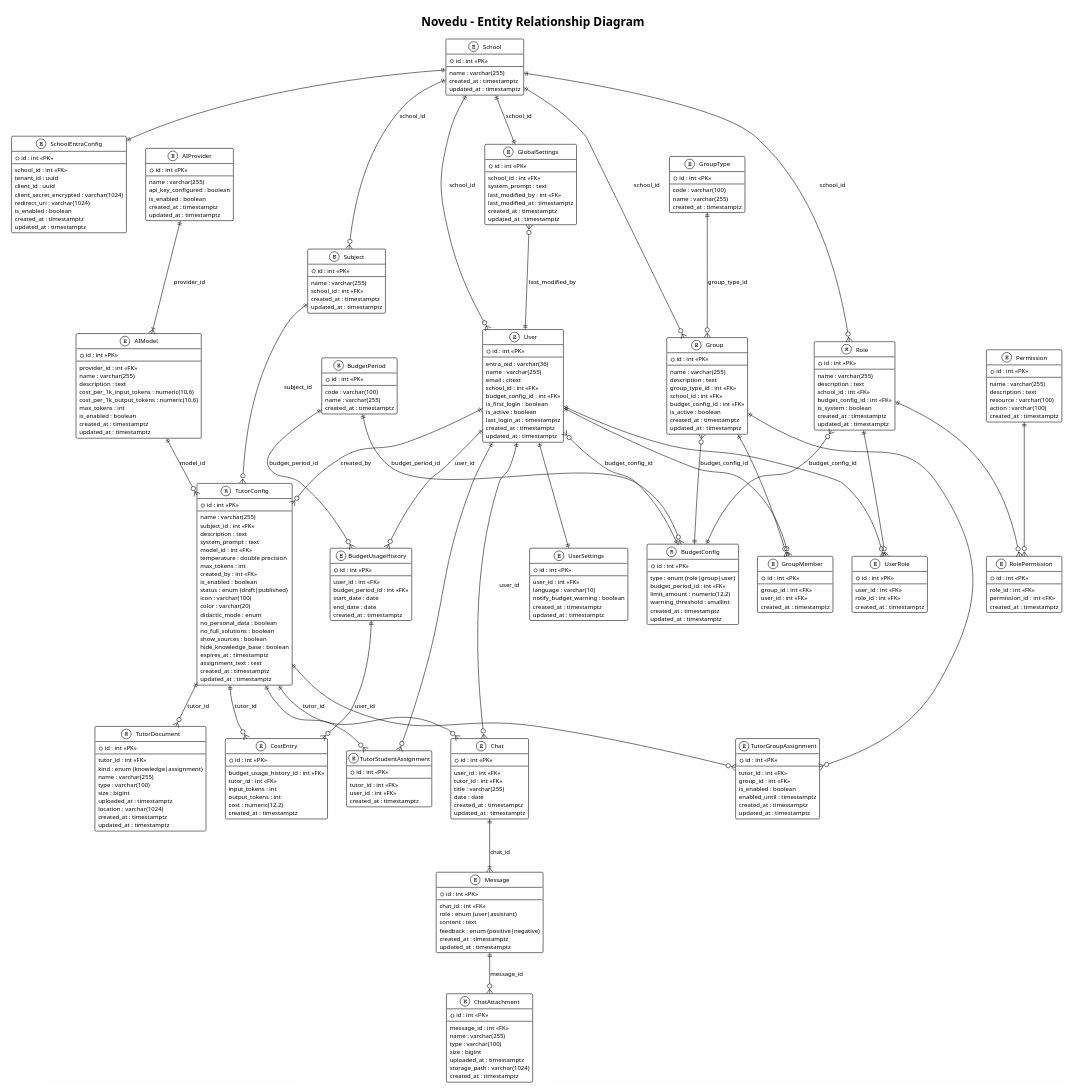
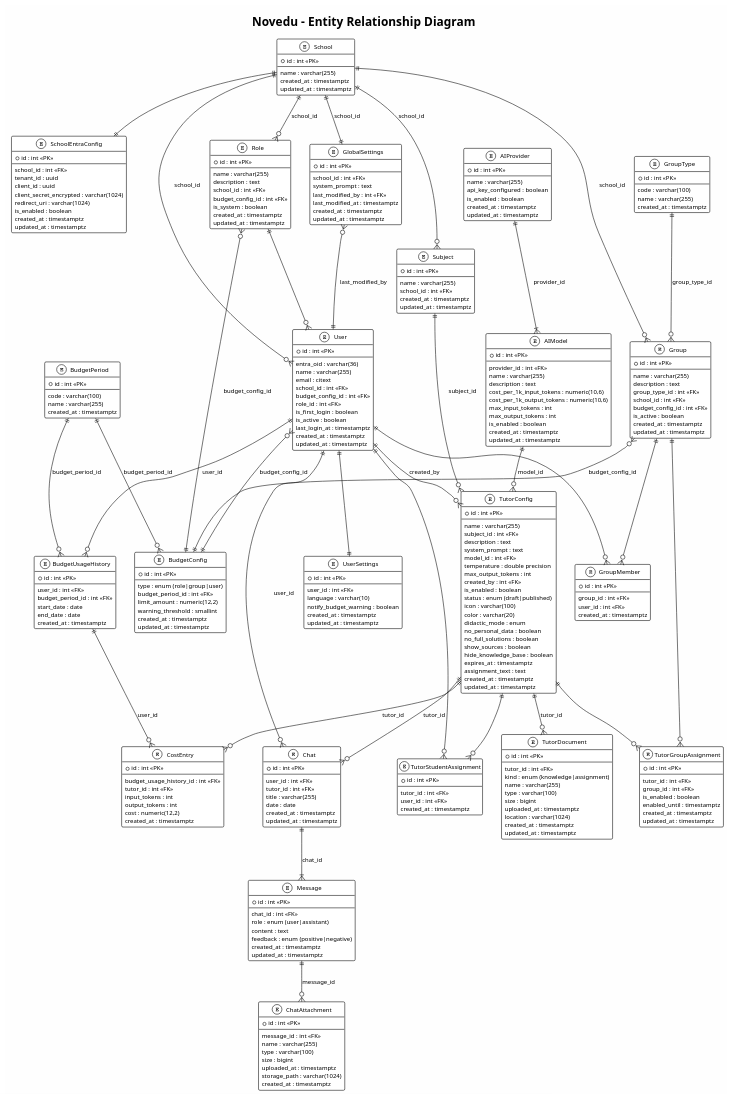
One commit to melanie-bauer/Novedu changed the diagram in docs/analysis/erd.puml. Above: the diagram before and after it, drawn with PlantUML.

Commit message:
docs: update ERD to simplify role management and refine token fields in Model and ModelConfig #28

```diff
--- a/docs/analysis/erd.puml
+++ b/docs/analysis/erd.puml
@@ -39,6 +39,7 @@
   email : citext
   school_id : int <<FK>>
   budget_config_id : int <<FK>>
+  role_id : int <<FK>>
   is_first_login : boolean
   is_active : boolean
   last_login_at : timestamptz
@@ -120,32 +121,6 @@
   updated_at : timestamptz
 }
 
-entity "Permission" as Permission {
-  * id : int <<PK>>
-  --
-  name : varchar(255)
-  description : text
-  resource : varchar(100)
-  action : varchar(100)
-  created_at : timestamptz
-}
-
-entity "RolePermission" as RolePermission {
-  * id : int <<PK>>
-  --
-  role_id : int <<FK>>
-  permission_id : int <<FK>>
-  created_at : timestamptz
-}
-
-entity "UserRole" as UserRole {
-  * id : int <<PK>>
-  --
-  user_id : int <<FK>>
-  role_id : int <<FK>>
-  created_at : timestamptz
-}
-
 ' ========== Fächer ==========
 
 entity "Subject" as Subject {
@@ -177,7 +152,8 @@
   description : text
   cost_per_1k_input_tokens : numeric(10,6)
   cost_per_1k_output_tokens : numeric(10,6)
-  max_tokens : int
+  max_input_tokens : int
+  max_output_tokens : int
   is_enabled : boolean
   created_at : timestamptz
   updated_at : timestamptz
@@ -194,7 +170,7 @@
   system_prompt : text
   model_id : int <<FK>>
   temperature : double precision
-  max_tokens : int
+  max_output_tokens : int
   created_by : int <<FK>>
   is_enabled : boolean
   status : enum (draft|published)
@@ -338,10 +314,7 @@
 User ||--o{ GroupMember : ""
 
 ' Rollen & Rechte
-User ||--o{ UserRole : ""
-Role ||--o{ UserRole : ""
-Role ||--o{ RolePermission : ""
-Permission ||--o{ RolePermission : ""
+Role ||--o{ User
 
 ' Fächer & KI & Tutoren
 Subject ||--o{ TutorConfig : "subject_id"
```
